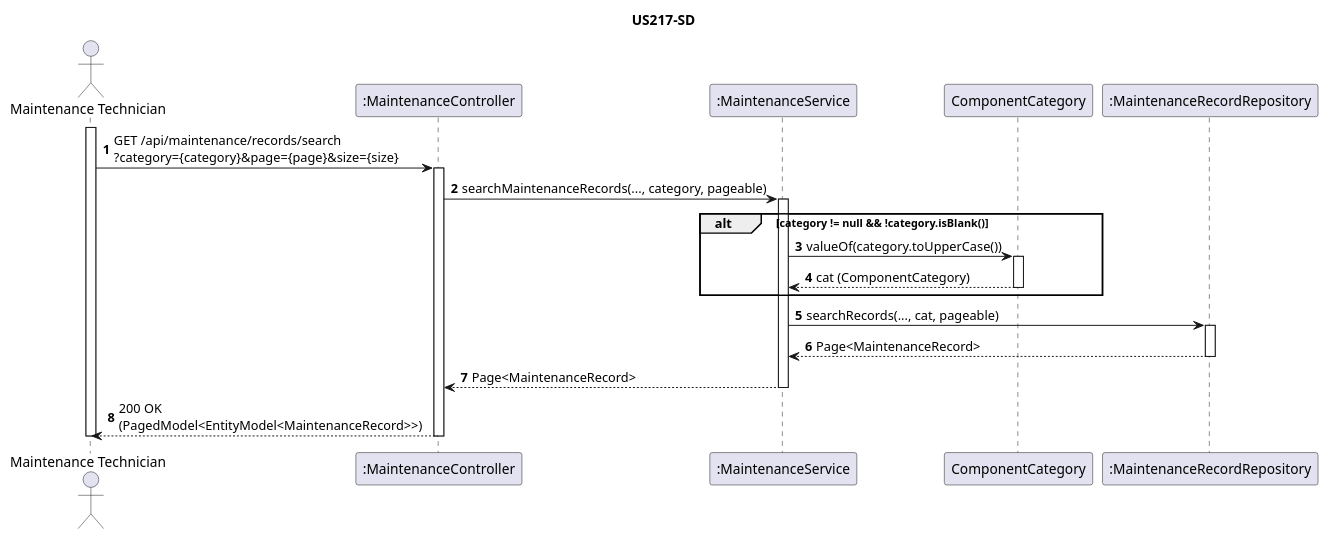
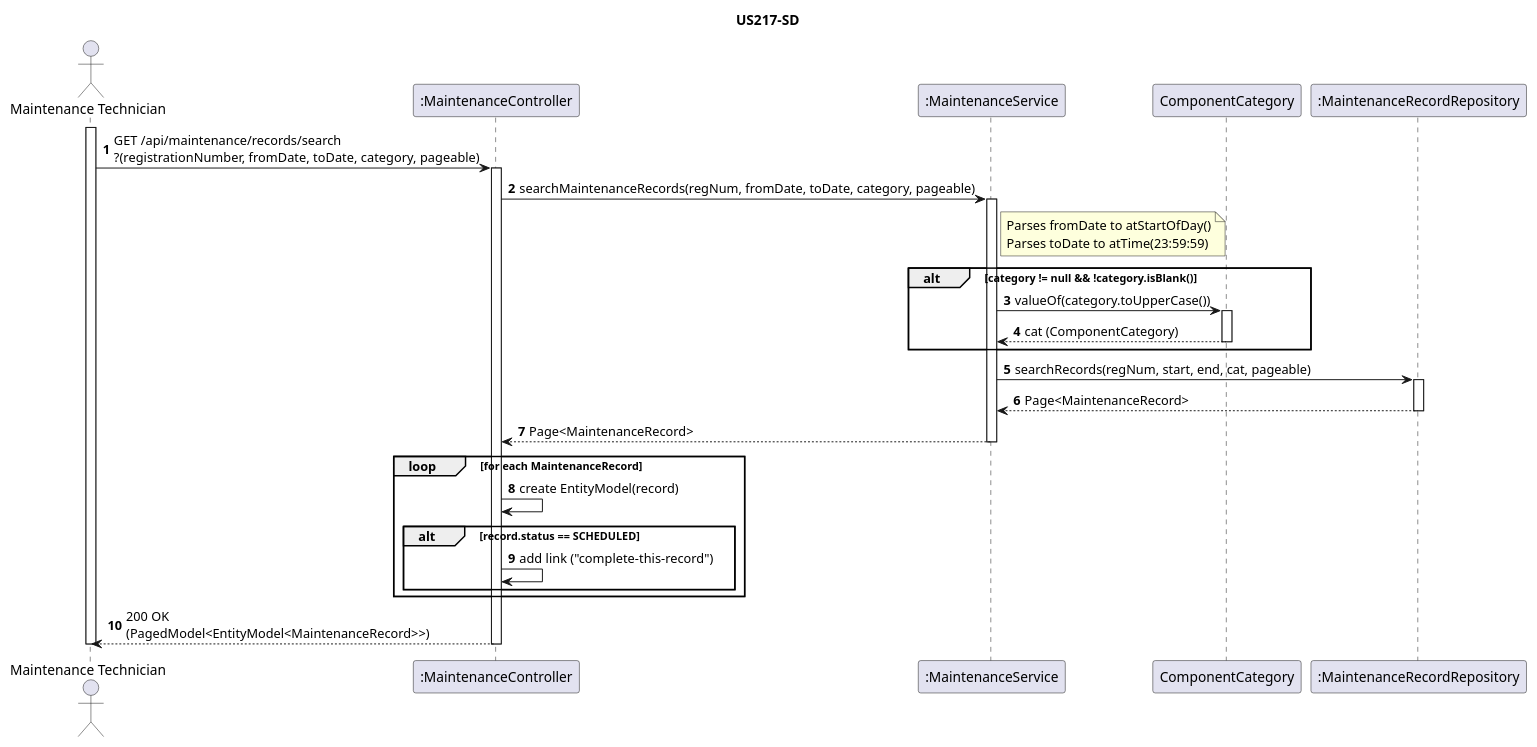
The diagram in docs/WP#4B- Enhanced Maintenance Management/US217/US217 - SD.puml (anamartasilvaa/PSOFT_AISafe_Flight), drawn with PlantUML before and after one commit. The commit also changed 12 other files, not shown here.

```diff
--- a/docs/WP#4B- Enhanced Maintenance Management/US217/US217 - SD.puml
+++ b/docs/WP#4B- Enhanced Maintenance Management/US217/US217 - SD.puml
@@ -1,35 +1,44 @@
 @startuml
 title US217-SD
 autonumber
 actor "Maintenance Technician" as Tech
 participant ":MaintenanceController" as Ctrl
 participant ":MaintenanceService" as Service
 participant "ComponentCategory" as Enum
 participant ":MaintenanceRecordRepository" as Repo
 
 activate Tech
-Tech -> Ctrl : GET /api/maintenance/records/search\n?category={category}&page={page}&size={size}
+Tech -> Ctrl : GET /api/maintenance/records/search\n?(registrationNumber, fromDate, toDate, category, pageable)
 activate Ctrl
 
-Ctrl -> Service : searchMaintenanceRecords(..., category, pageable)
+Ctrl -> Service : searchMaintenanceRecords(regNum, fromDate, toDate, category, pageable)
 activate Service
+
+note right of Service : Parses fromDate to atStartOfDay()\nParses toDate to atTime(23:59:59)
 
 alt category != null && !category.isBlank()
     Service -> Enum : valueOf(category.toUpperCase())
     activate Enum
     Enum --> Service : cat (ComponentCategory)
     deactivate Enum
 end
 
-Service -> Repo : searchRecords(..., cat, pageable)
+Service -> Repo : searchRecords(regNum, start, end, cat, pageable)
 activate Repo
 Repo --> Service : Page<MaintenanceRecord>
 deactivate Repo
 
 Service --> Ctrl : Page<MaintenanceRecord>
 deactivate Service
 
+loop for each MaintenanceRecord
+    Ctrl -> Ctrl : create EntityModel(record)
+    alt record.status == SCHEDULED
+        Ctrl -> Ctrl : add link ("complete-this-record")
+    end
+end
+
 Ctrl --> Tech : 200 OK\n(PagedModel<EntityModel<MaintenanceRecord>>)
 deactivate Ctrl
 deactivate Tech
 @enduml
```
